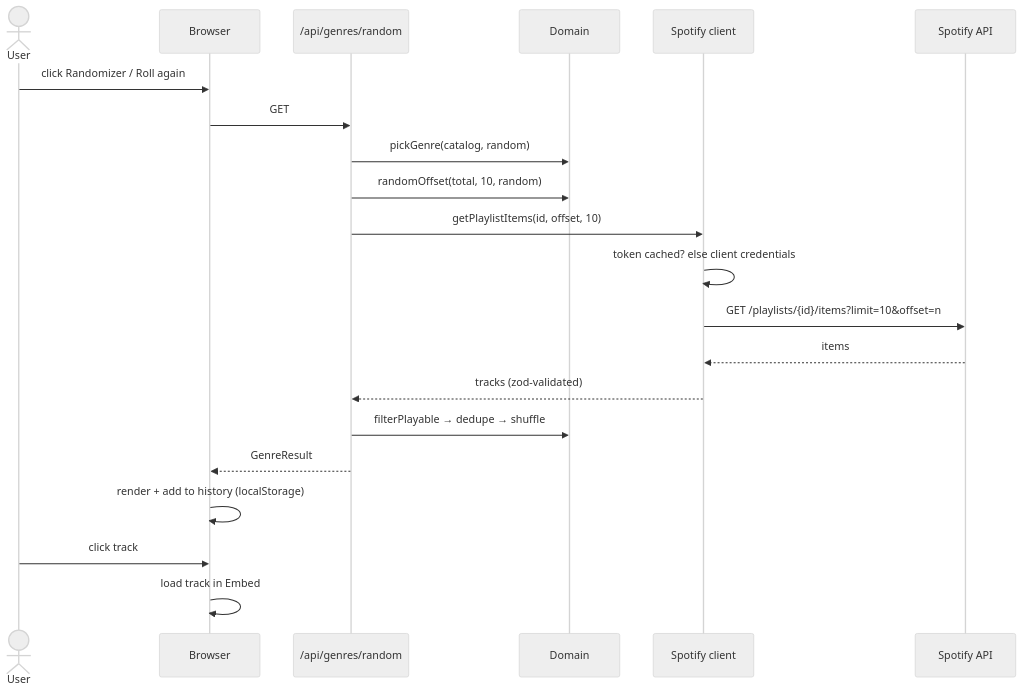
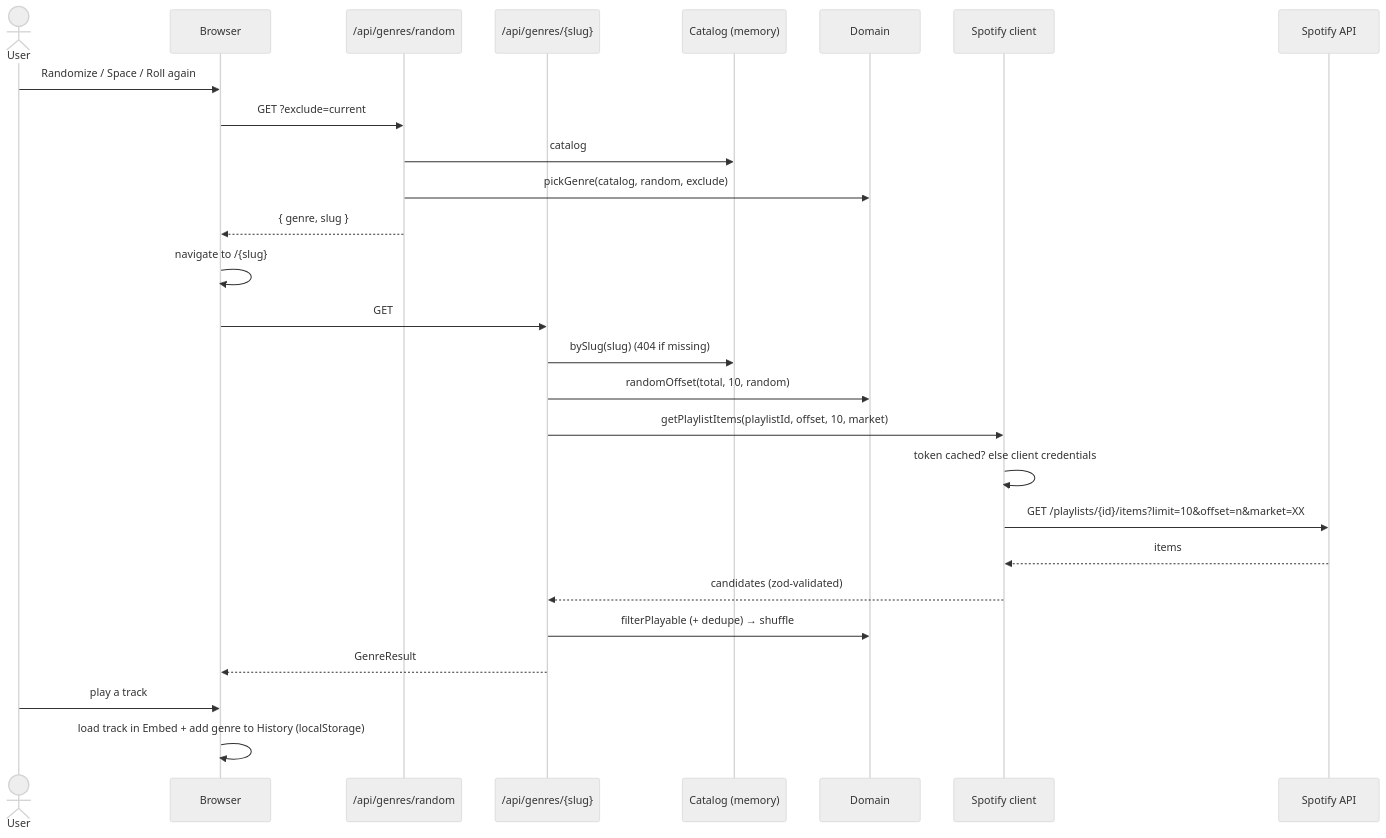
One commit to IvanSaNRoD/that-music-is-new changed the second of 2 diagrams in docs/architecture.md. Above: the diagram before and after it, drawn with Mermaid (neutral theme). The commit also changed other lines of this file and 25 other files, not shown here.

First line of the commit message:
feat(randomizer): domain, catalog, service and /api/genres routes (ADR-0007)

````diff
--- a/docs/architecture.md
+++ b/docs/architecture.md
@@ -73,24 +74,30 @@
 ```mermaid
 sequenceDiagram
   actor U as User
   participant UI as Browser
-  participant API as /api/genres/random
+  participant R as /api/genres/random
+  participant G as /api/genres/{slug}
+  participant C as Catalog (memory)
   participant D as Domain
   participant S as Spotify client
   participant SP as Spotify API
 
-  U->>UI: click Randomizer / Roll again
-  UI->>API: GET
-  API->>D: pickGenre(catalog, random)
-  API->>D: randomOffset(total, 10, random)
-  API->>S: getPlaylistItems(id, offset, 10)
+  U->>UI: Randomize / Space / Roll again
+  UI->>R: GET ?exclude=current
+  R->>C: catalog
+  R->>D: pickGenre(catalog, random, exclude)
+  R-->>UI: { genre, slug }
+  UI->>UI: navigate to /{slug}
+  UI->>G: GET
+  G->>C: bySlug(slug) (404 if missing)
+  G->>D: randomOffset(total, 10, random)
+  G->>S: getPlaylistItems(playlistId, offset, 10, market)
   S->>S: token cached? else client credentials
-  S->>SP: GET /playlists/{id}/items?limit=10&offset=n
+  S->>SP: GET /playlists/{id}/items?limit=10&offset=n&market=XX
   SP-->>S: items
-  S-->>API: tracks (zod-validated)
-  API->>D: filterPlayable → dedupe → shuffle
-  API-->>UI: GenreResult
-  UI->>UI: render + add to history (localStorage)
-  U->>UI: click track
-  UI->>UI: load track in Embed
+  S-->>G: candidates (zod-validated)
+  G->>D: filterPlayable (+ dedupe) → shuffle
+  G-->>UI: GenreResult
+  U->>UI: play a track
+  UI->>UI: load track in Embed + add genre to History (localStorage)
 ```
````
